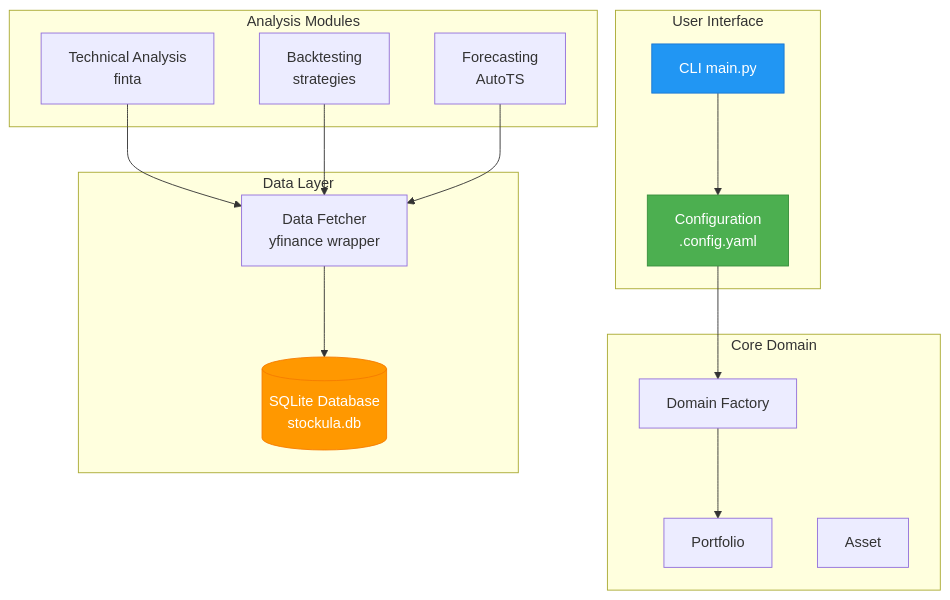
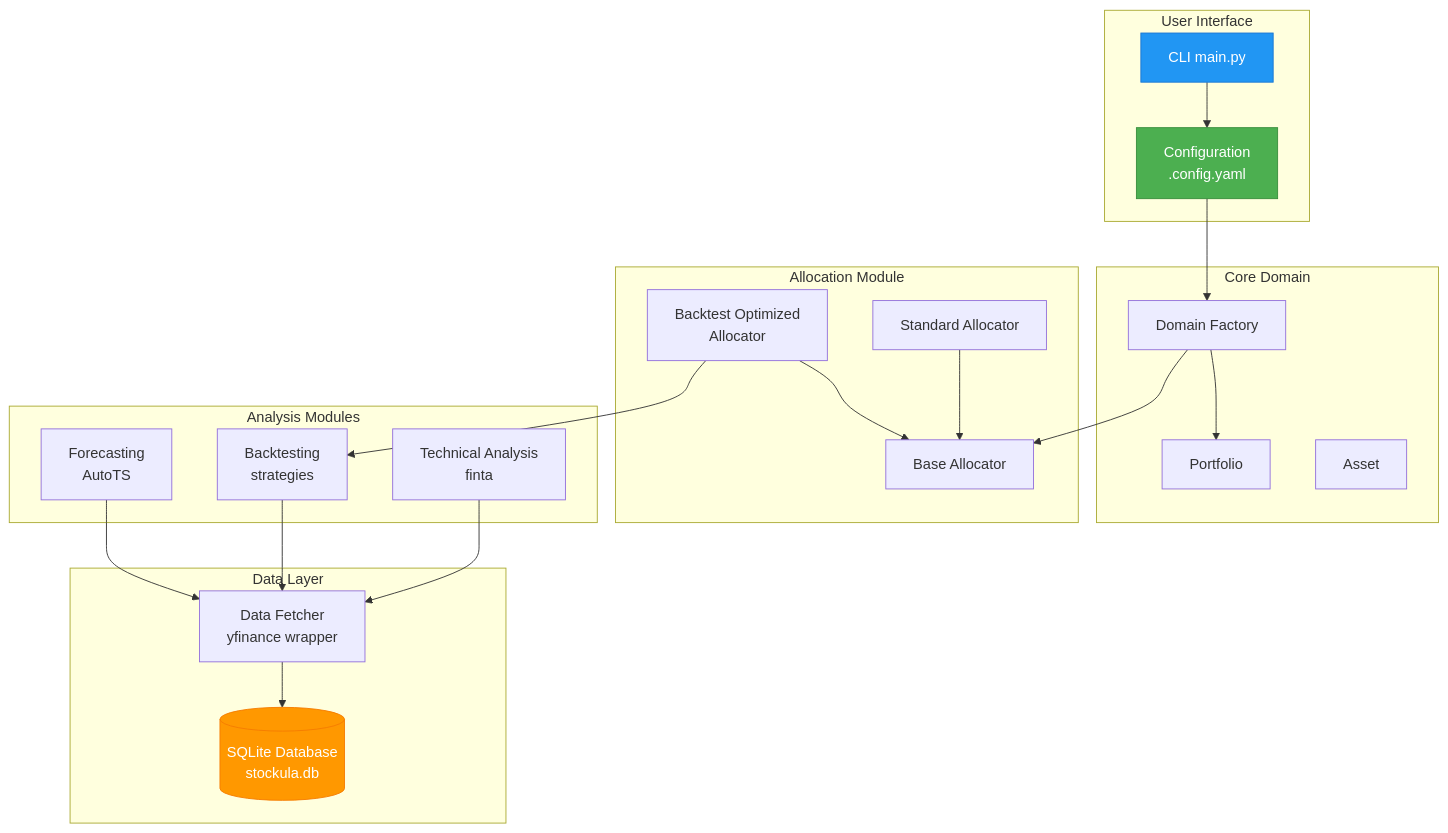
One commit to mkm29/stockula changed the diagram in README.md. Above: the diagram before and after it, drawn with Mermaid. The commit also changed 18 other files, not shown here.

First line of the commit message:
feat: Implement Backtest-Optimized Asset Allocation Strategy

````diff
--- a/README.md
+++ b/README.md
@@ -228,36 +228,46 @@
 ```mermaid
 graph TB
     subgraph "User Interface"
         CLI[CLI main.py]
         Config[Configuration<br/>.config.yaml]
     end
 
     subgraph "Core Domain"
         Factory[Domain Factory]
         Portfolio[Portfolio]
         Asset[Asset]
+    end
+
+    subgraph "Allocation Module"
+        Allocator[Base Allocator]
+        STD[Standard Allocator]
+        OPT[Backtest Optimized<br/>Allocator]
     end
 
     subgraph "Data Layer"
         Fetcher[Data Fetcher<br/>yfinance wrapper]
         DB[(SQLite Database<br/>stockula.db)]
     end
 
     subgraph "Analysis Modules"
         TA[Technical Analysis<br/>finta]
         BT[Backtesting<br/>strategies]
         FC[Forecasting<br/>AutoTS]
     end
 
     CLI --> Config
     Config --> Factory
     Factory --> Portfolio
+    Factory --> Allocator
+    STD --> Allocator
+    OPT --> Allocator
+    OPT --> BT
     TA --> Fetcher
     BT --> Fetcher
     FC --> Fetcher
     Fetcher --> DB
 
     style CLI fill:#2196F3,stroke:#1976D2,color:#fff
     style Config fill:#4CAF50,stroke:#388E3C,color:#fff
     style DB fill:#FF9800,stroke:#F57C00,color:#fff
 ```
````
